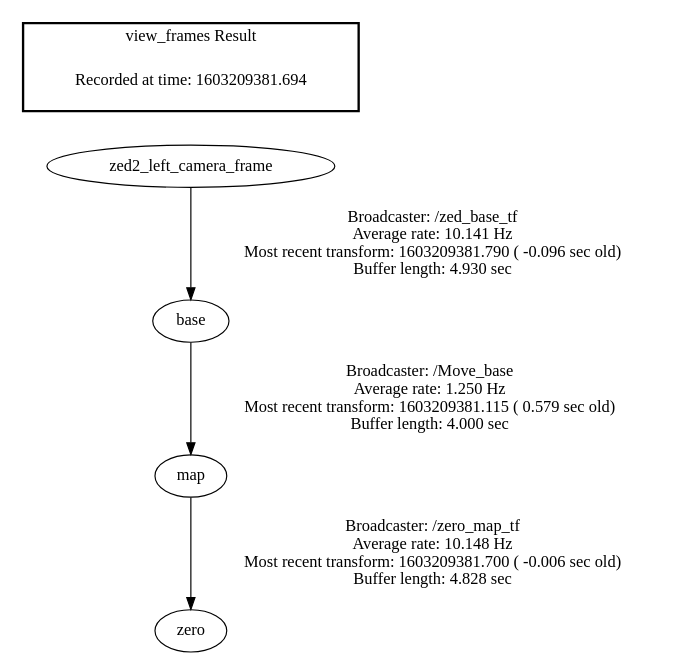
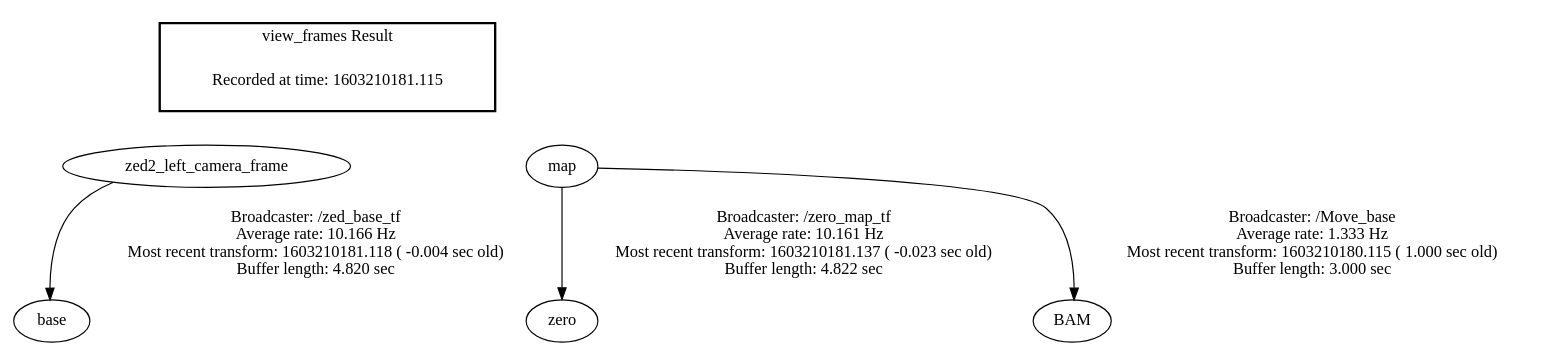
Before and after one commit to Thomasklein-git/Yolo: the diagram in frames.gv, drawn with Graphviz. The commit also changed 3 other files, not shown here.

```diff
--- a/frames.gv
+++ b/frames.gv
@@ -1,9 +1,13 @@
 digraph G {
-"zed2_left_camera_frame" -> "base"[label="Broadcaster: /zed_base_tf\nAverage rate: 10.141 Hz\nMost recent transform: 1603209381.790 ( -0.096 sec old)\nBuffer length: 4.930 sec\n"];
-"map" -> "zero"[label="Broadcaster: /zero_map_tf\nAverage rate: 10.148 Hz\nMost recent transform: 1603209381.700 ( -0.006 sec old)\nBuffer length: 4.828 sec\n"];
-"base" -> "map"[label="Broadcaster: /Move_base\nAverage rate: 1.250 Hz\nMost recent transform: 1603209381.115 ( 0.579 sec old)\nBuffer length: 4.000 sec\n"];
+"zed2_left_camera_frame" -> "base"[label="Broadcaster: /zed_base_tf\nAverage rate: 10.166 Hz\nMost recent transform: 1603210181.118 ( -0.004 sec old)\nBuffer length: 4.820 sec\n"];
+"map" -> "zero"[label="Broadcaster: /zero_map_tf\nAverage rate: 10.161 Hz\nMost recent transform: 1603210181.137 ( -0.023 sec old)\nBuffer length: 4.822 sec\n"];
+"map" -> "BAM"[label="Broadcaster: /Move_base\nAverage rate: 1.333 Hz\nMost recent transform: 1603210180.115 ( 1.000 sec old)\nBuffer length: 3.000 sec\n"];
 edge [style=invis];
  subgraph cluster_legend { style=bold; color=black; label ="view_frames Result";
-"Recorded at time: 1603209381.694"[ shape=plaintext ] ;
+"Recorded at time: 1603210181.115"[ shape=plaintext ] ;
  }->"zed2_left_camera_frame";
+edge [style=invis];
+ subgraph cluster_legend { style=bold; color=black; label ="view_frames Result";
+"Recorded at time: 1603210181.115"[ shape=plaintext ] ;
+ }->"map";
 }
```
